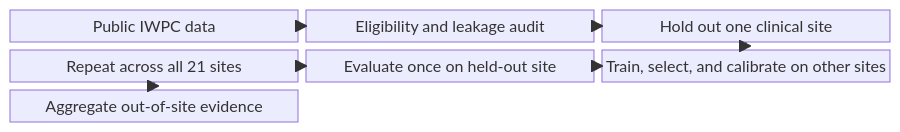
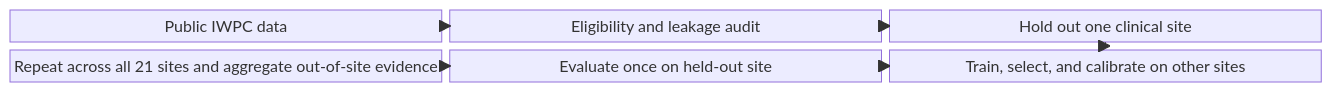
The diagram in README.md (CountZero-Error/Warfarin_dose-Prediction), drawn with Mermaid before and after one commit.

Commit message:
docs: tighten stacked workflow diagram

````diff
--- a/README.md
+++ b/README.md
@@ -36,14 +36,12 @@
 ```mermaid
 block-beta
     columns 3
     A["Public IWPC data"] B["Eligibility and leakage audit"] C["Hold out one clinical site"]
-    F["Repeat across all 21 sites"] E["Evaluate once on held-out site"] D["Train, select, and calibrate on other sites"]
-    G["Aggregate out-of-site evidence"] space space
+    F["Repeat across all 21 sites and aggregate out-of-site evidence"] E["Evaluate once on held-out site"] D["Train, select, and calibrate on other sites"]
 
     A --> B
     B --> C
     C --> D
     D --> E
     E --> F
-    F --> G
 ```
````
